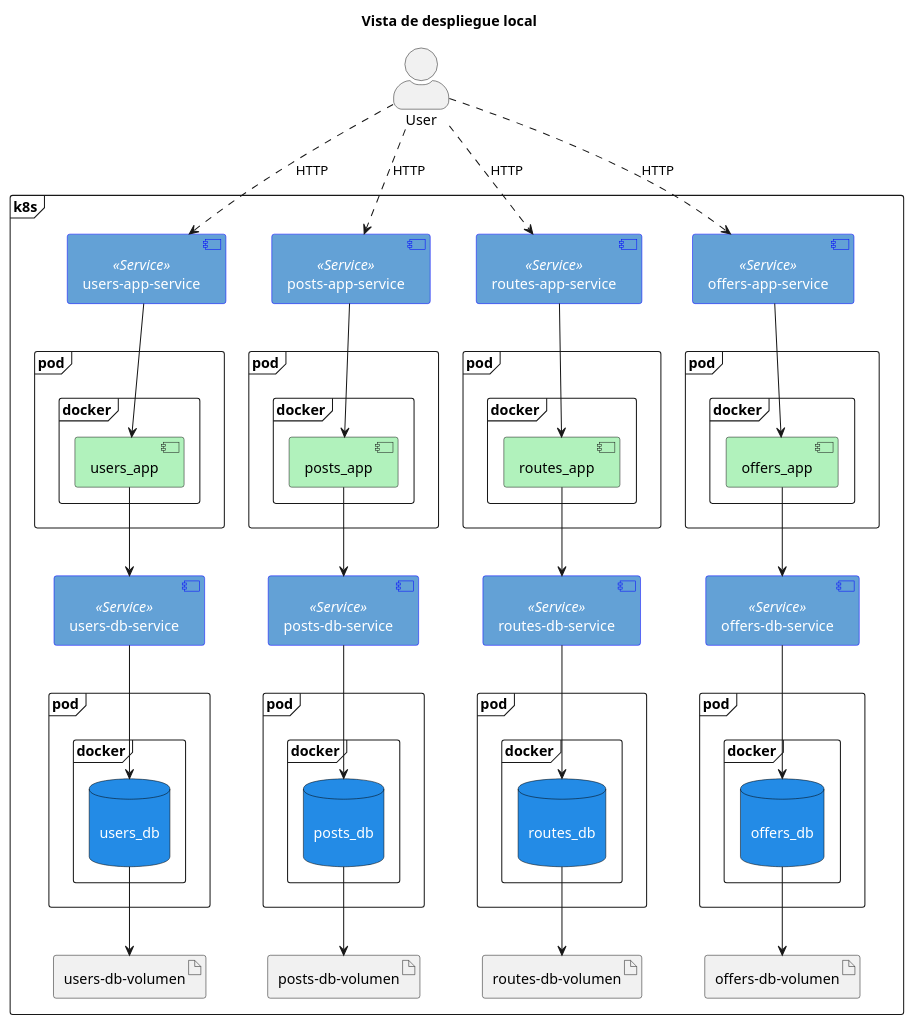
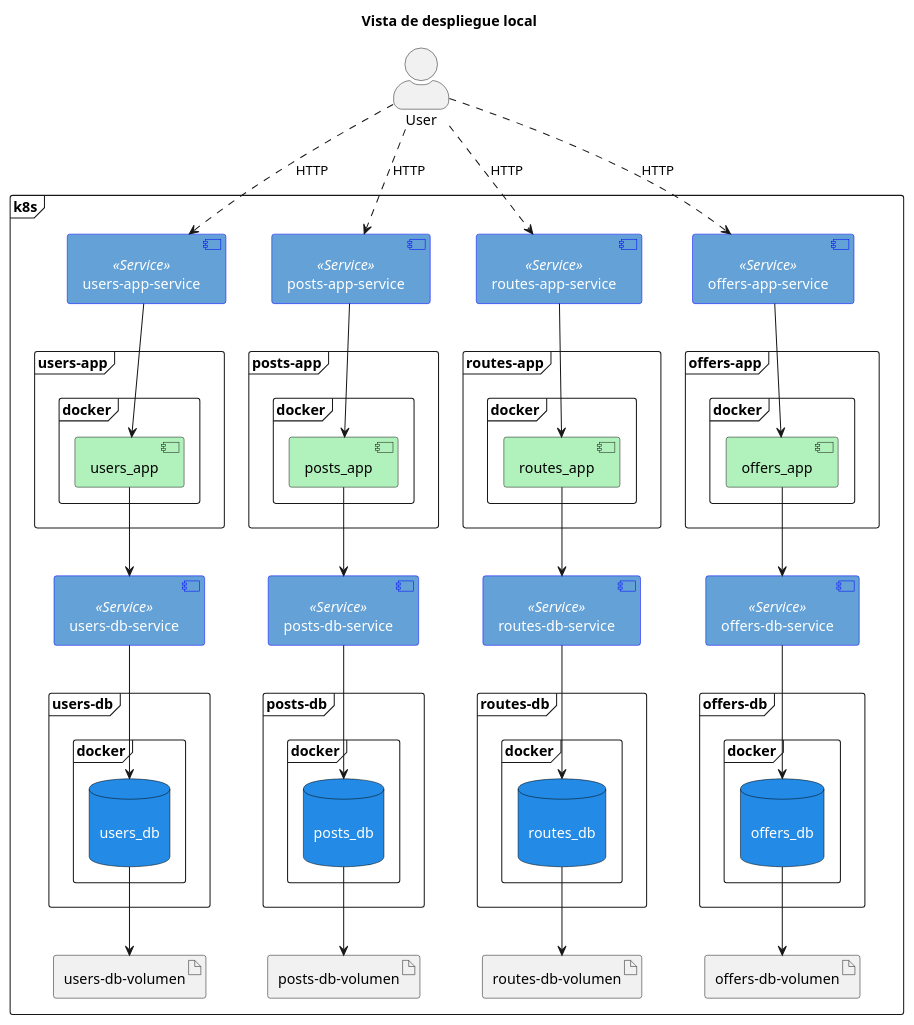
The diagram in docs/diagrams/deployment.puml (ddi4z/Cloud-native-application-development-Course), drawn with PlantUML before and after one commit.

```diff
--- a/docs/diagrams/deployment.puml
+++ b/docs/diagrams/deployment.puml
@@ -1,121 +1,122 @@
 @startuml deployment
 
 skinparam actorStyle awesome
 
 skinparam database {
   BackgroundColor #238be6
   BorderColor black
   FontColor white
 }
 
 skinparam component<<Service>> {
   BackgroundColor #63a1d6
   BorderColor blue
   FontColor white
 }
 
 skinparam component {
   BackgroundColor #b1f2bc
 }
 
 title "Vista de despliegue local"
 
 actor User
 
 frame "k8s" as "KubernetesCluster" {
   ' Users app
   component "users-app-service" as users_app_service <<Service>>
 
-  frame "pod" as users-app {
+  frame "users-app" as users-app {
     frame "docker" {
       component "users_app" as users_app
     }
   }
 
   component "users-db-service" as users_db_service <<Service>>
-  frame "pod" as PodDbUsers {
+  frame "users-db" as PodDbUsers {
     frame "docker" as DockerDbUsers {
       database "\nusers_db\n" as users_db
     }
   }
   artifact "users-db-volumen" as users_db_volumen
 
   users_app_service --> users_app
   users_app --> users_db_service
   users_db_service --> users_db
   users_db --> users_db_volumen
 
   ' Posts app
   component "posts-app-service" as posts_app_service <<Service>>
 
-  frame "pod" as posts-app {
+  frame "posts-app" as posts-app {
     frame "docker" as DockerPosts {
       component "posts_app" as posts_app
     }
   }
 
   component "posts-db-service" as posts_db_service <<Service>>
-  frame "pod" as PodDbPosts {
+  
+  frame "posts-db" as PodDbPosts {
     frame "docker" as DockerDbPosts {
       database "\nposts_db\n" as posts_db
     }
   }
   artifact "posts-db-volumen" as posts_db_volumen
 
   posts_app_service --> posts_app
   posts_app --> posts_db_service
   posts_db_service --> posts_db
   posts_db --> posts_db_volumen
 
   ' Routes app
   component "routes-app-service" as routes_app_service <<Service>>
 
-  frame "pod" as routes-app {
+  frame "routes-app" as routes-app {
     frame "docker" as DockerRoutes {
       component "routes_app" as routes_app
     }
   }
 
   component "routes-db-service" as routes_db_service <<Service>>
 
-  frame "pod" as PodDbRoutes {
+  frame "routes-db" as PodDbRoutes {
     frame "docker" as DockerDbRoutes {
       database "\nroutes_db\n" as routes_db
     }
   }
   artifact "routes-db-volumen" as routes_db_volumen
   
   routes_app_service --> routes_app
   routes_app --> routes_db_service
   routes_db_service --> routes_db
   routes_db --> routes_db_volumen
 
   ' Offers app
   component "offers-app-service" as offers_app_service <<Service>>
 
-  frame "pod" as offers-app {
+  frame "offers-app" as offers-app {
     frame "docker" as DockerOffers {
       component "offers_app" as offers_app
     }
   }
   component "offers-db-service" as offers_db_service <<Service>>
 
-  frame "pod" as PodDbOffers {
+  frame "offers-db" as PodDbOffers {
     frame "docker" as DockerDbOffers {
       database "\noffers_db\n" as offers_db
     }
   }
   artifact "offers-db-volumen" as offers_db_volumen 
 
   offers_app_service --> offers_app
   offers_app --> offers_db_service
   offers_db_service --> offers_db
   offers_db --> offers_db_volumen
 }
 
 User ..> users_app_service: HTTP
 User ..> posts_app_service: HTTP
 User ..> offers_app_service: HTTP
 User ..> routes_app_service: HTTP
 
 @enduml
```
